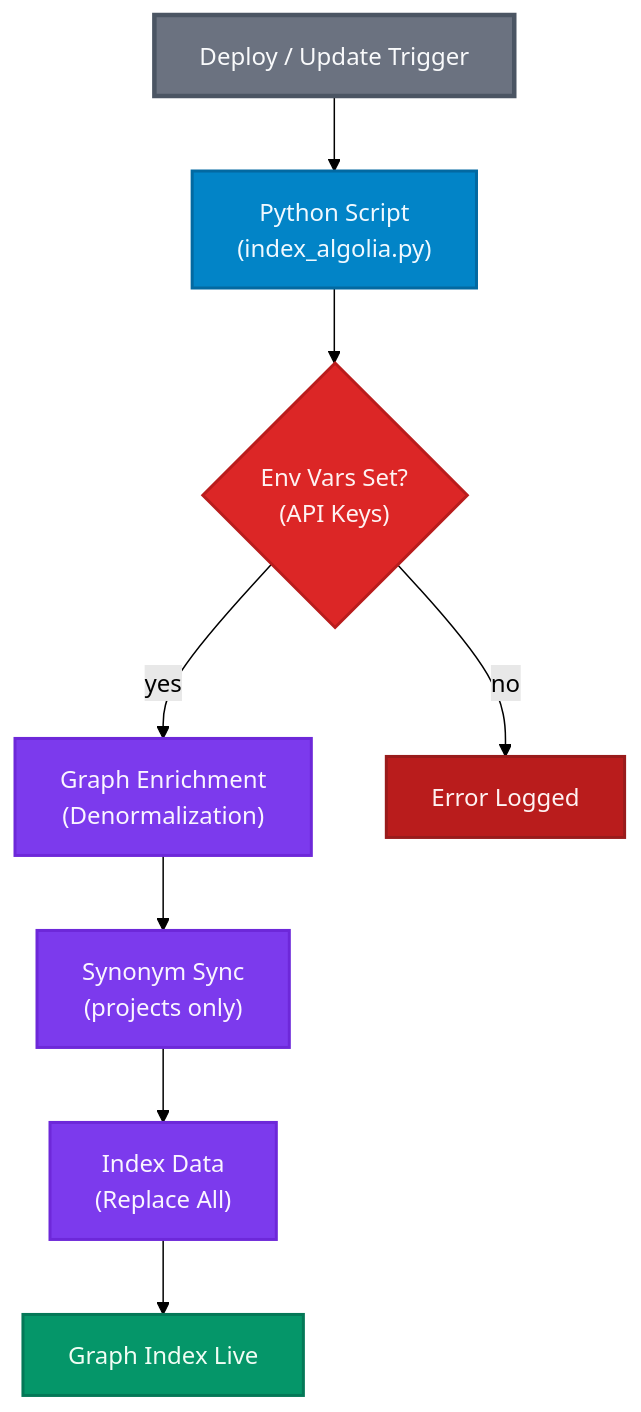
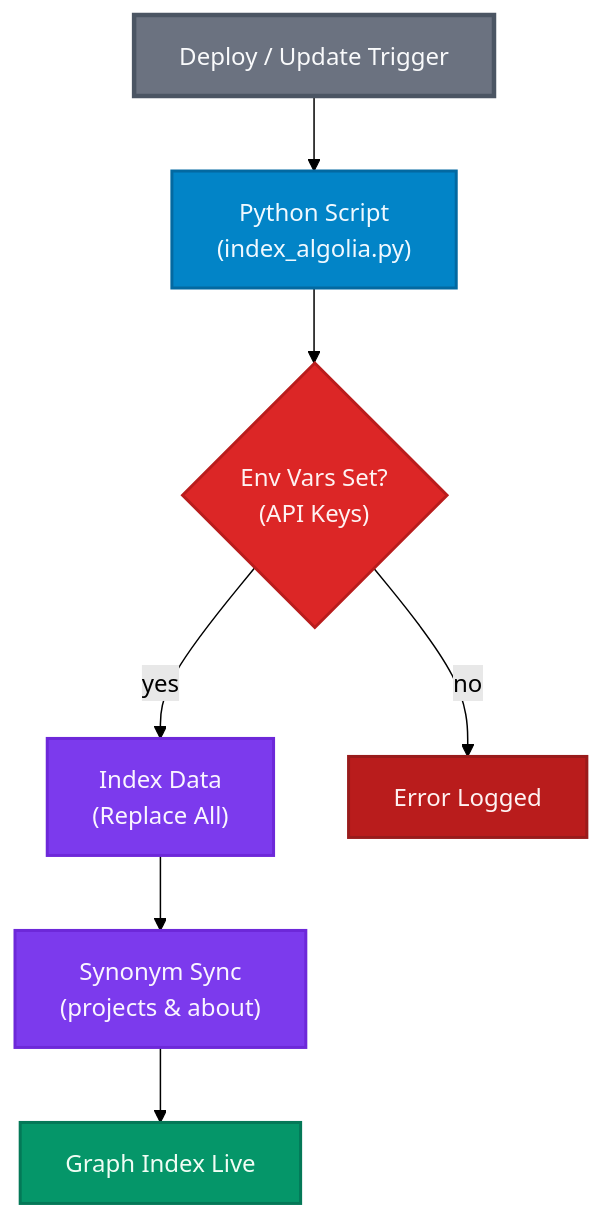
The diagram in apps/api/algolia/diagrams/upload-workflow.md (anchildress1/system-notes), drawn with Mermaid (forest theme) before and after one commit. The commit also changed 10 other files, not shown here.

````diff
--- a/apps/api/algolia/diagrams/upload-workflow.md
+++ b/apps/api/algolia/diagrams/upload-workflow.md
@@ -6,38 +6,36 @@
 ```mermaid
 graph TD
     accTitle: Algolia Upload Workflow
     accDescr: The automated workflow using the Python indexing script
 
     Trigger["Deploy / Update Trigger"]:::trigger
 
     %% Script path
     Script["Python Script<br/>(index_algolia.py)"]:::method
 
     %% Steps
     Validation{"Env Vars Set?<br/>(API Keys)"}:::decision
-    GraphBuild["Graph Enrichment<br/>(Denormalization)"]:::step
-    SynonymSync["Synonym Sync<br/>(projects only)"]:::step
     IndexSync["Index Data<br/>(Replace All)"]:::step
+    SynonymSync["Synonym Sync<br/>(projects & about)"]:::step
 
     %% Outcomes
     Success["Graph Index Live"]:::success
     Fail["Error Logged"]:::fail
 
     %% Flow
     Trigger --> Script
     Script --> Validation
-    Validation -->|yes| GraphBuild
+    Validation -->|yes| IndexSync
     Validation -->|no| Fail
 
-    GraphBuild --> SynonymSync
-    SynonymSync --> IndexSync
-    IndexSync --> Success
+    IndexSync --> SynonymSync
+    SynonymSync --> Success
 
     %% Styles
     classDef trigger fill:#6b7280,stroke:#4b5563,stroke-width:3px,color:#f9fafb
     classDef method fill:#0284c7,stroke:#0369a1,stroke-width:2px,color:#f0f9ff
     classDef decision fill:#dc2626,stroke:#b91c1c,stroke-width:2px,color:#fef2f2
     classDef step fill:#7c3aed,stroke:#6d28d9,stroke-width:2px,color:#faf5ff
     classDef success fill:#059669,stroke:#047857,stroke-width:2px,color:#f0fdf4
     classDef fail fill:#b91c1c,stroke:#991b1b,stroke-width:2px,color:#fef2f2
 ```
````
